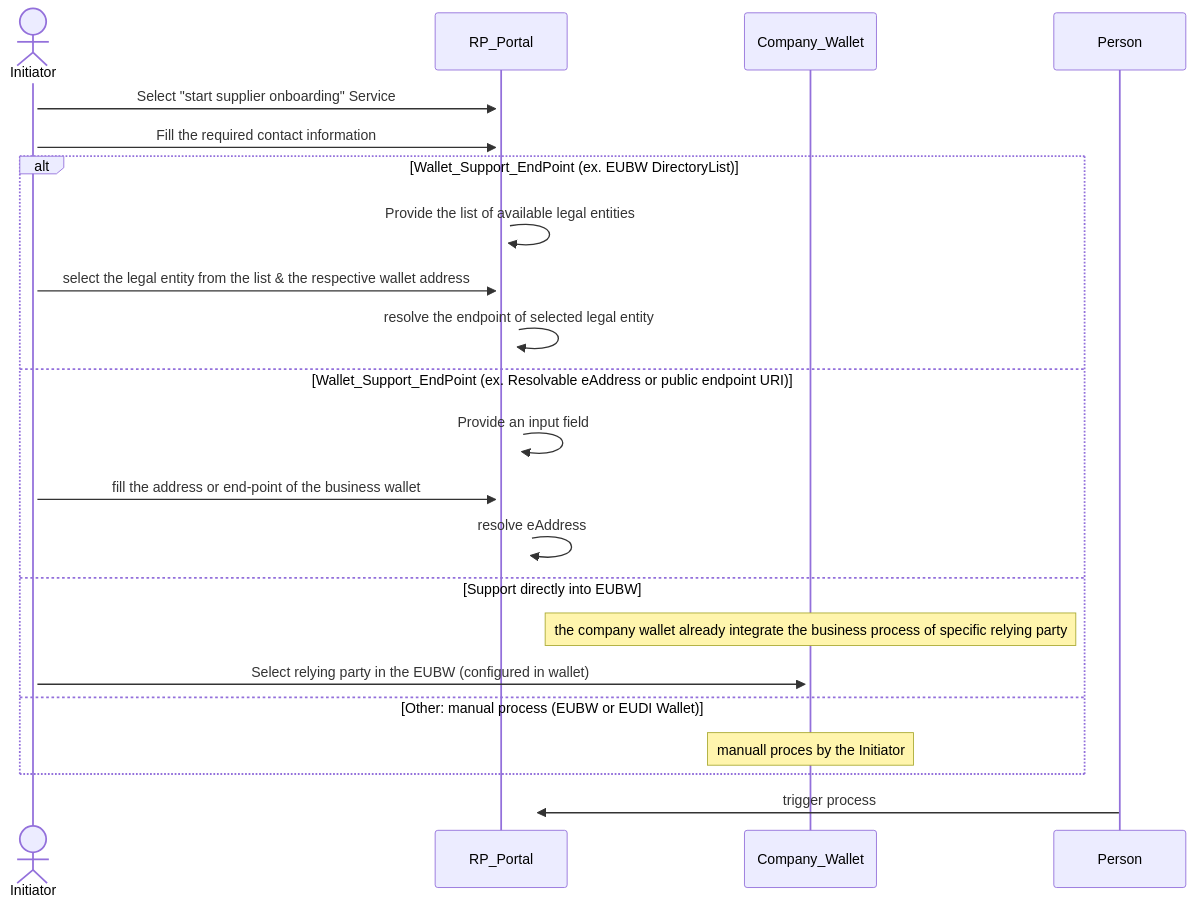
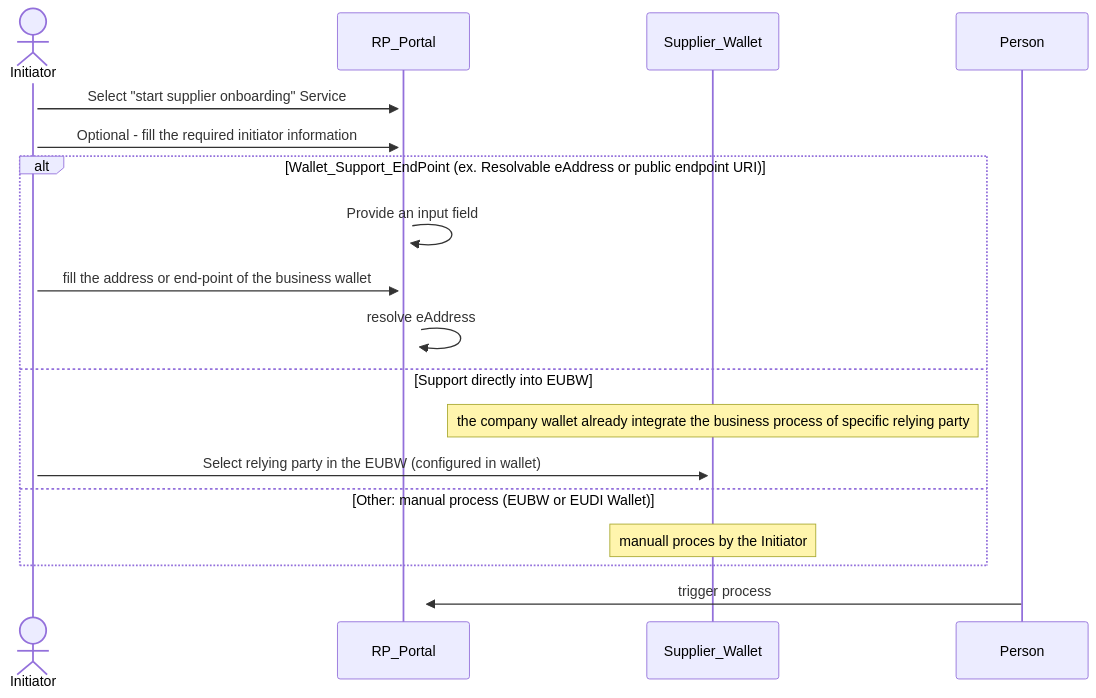
Before and after one commit to DominicHurni/wp3-technology-standards: the second of 9 diagrams in BU1/BU1_KYS.md, drawn with Mermaid. The commit also changed other lines of this file and 1 other file, not shown here.

````diff
--- a/BU1/BU1_KYS.md
+++ b/BU1/BU1_KYS.md
@@ -60,22 +58,19 @@
 ```mermaid
 sequenceDiagram
     actor Initiator
     activate Initiator
     Initiator->>+RP_Portal: Select "start supplier onboarding" Service
-    Initiator->>+RP_Portal: Fill the required contact information
-    alt Wallet_Support_EndPoint (ex. EUBW DirectoryList)
-        RP_Portal->>+RP_Portal : Provide the list of available legal entities
-        Initiator->>+RP_Portal: select the legal entity from the list & the respective wallet address
-        RP_Portal->>+RP_Portal: resolve the endpoint of selected legal entity
-    else Wallet_Support_EndPoint (ex. Resolvable eAddress or public endpoint URI)
+    Initiator->>+RP_Portal: Optional - fill the required initiator information
+ 
+    alt Wallet_Support_EndPoint (ex. Resolvable eAddress or public endpoint URI)
         RP_Portal->>+RP_Portal : Provide an input field
         Initiator->>+RP_Portal: fill the address or end-point of the business wallet
         RP_Portal->>+RP_Portal: resolve eAddress
     else Support directly into EUBW  
-        Note over Company_Wallet: the company wallet already integrate the business process of specific relying party
-        Initiator->>+Company_Wallet: Select relying party in the EUBW (configured in wallet)
+        Note over Supplier_Wallet: the company wallet already integrate the business process of specific relying party
+        Initiator->>+Supplier_Wallet: Select relying party in the EUBW (configured in wallet)
     else Other: manual process (EUBW or EUDI Wallet)
-        Note over Company_Wallet: manuall proces by the Initiator
+        Note over Supplier_Wallet: manuall proces by the Initiator
     end
     Person->>+RP_Portal: trigger process
 ```
````
